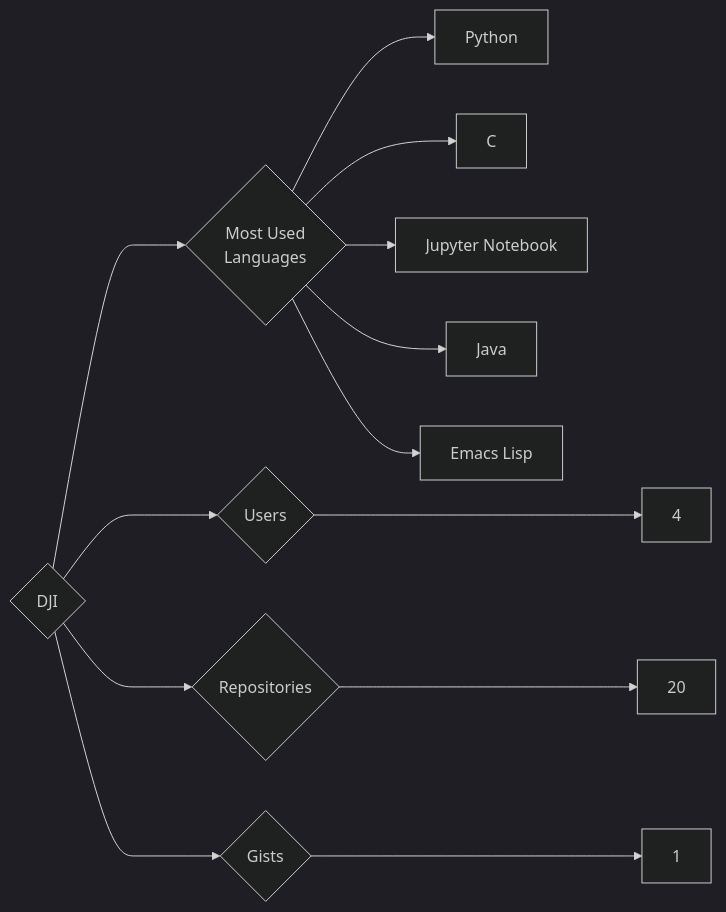
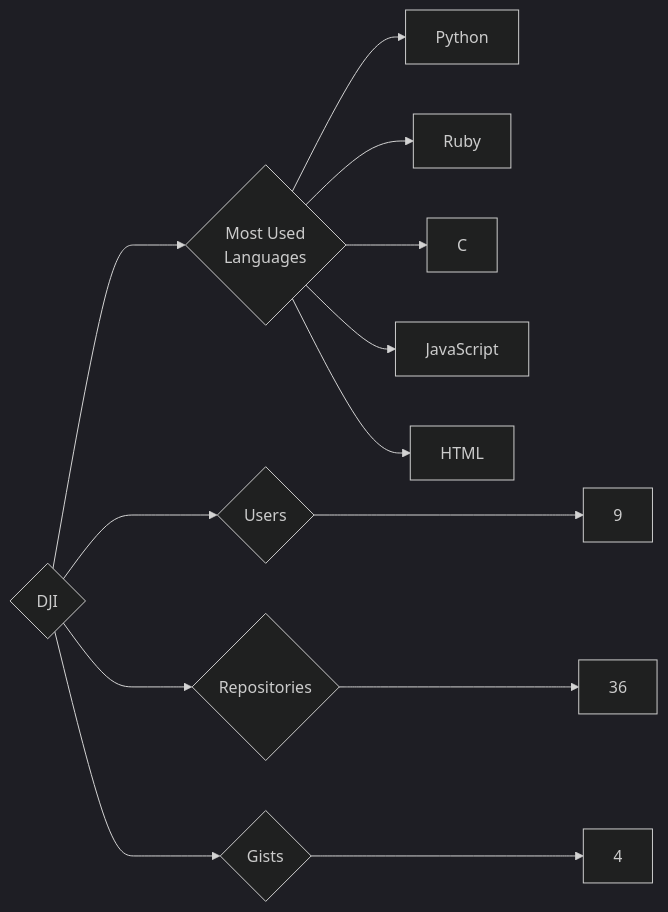
The diagram in targets/DJI/README.md (trickest/insiders), drawn with Mermaid (dark theme) before and after one commit. The commit also changed 984 other files, not shown here.

````diff
--- a/targets/DJI/README.md
+++ b/targets/DJI/README.md
@@ -3,13 +3,13 @@
 ```mermaid
 graph LR
 COMPANY_NAME{DJI}
-COMPANY_NAME ---> U{Users} ---> UN[4]
-COMPANY_NAME ---> R{Repositories} ---> RN[20]
-COMPANY_NAME ---> G{Gists} ---> GN[1]
+COMPANY_NAME ---> U{Users} ---> UN[9]
+COMPANY_NAME ---> R{Repositories} ---> RN[36]
+COMPANY_NAME ---> G{Gists} ---> GN[4]
 COMPANY_NAME ---> ML{Most Used<br>Languages}
 ML --> Python[Python]
+ML --> Ruby[Ruby]
 ML --> C[C]
-ML --> Jupyter_Notebook[Jupyter Notebook]
-ML --> Java[Java]
-ML --> Emacs_Lisp[Emacs Lisp]
+ML --> JavaScript[JavaScript]
+ML --> HTML[HTML]
 ```
````
